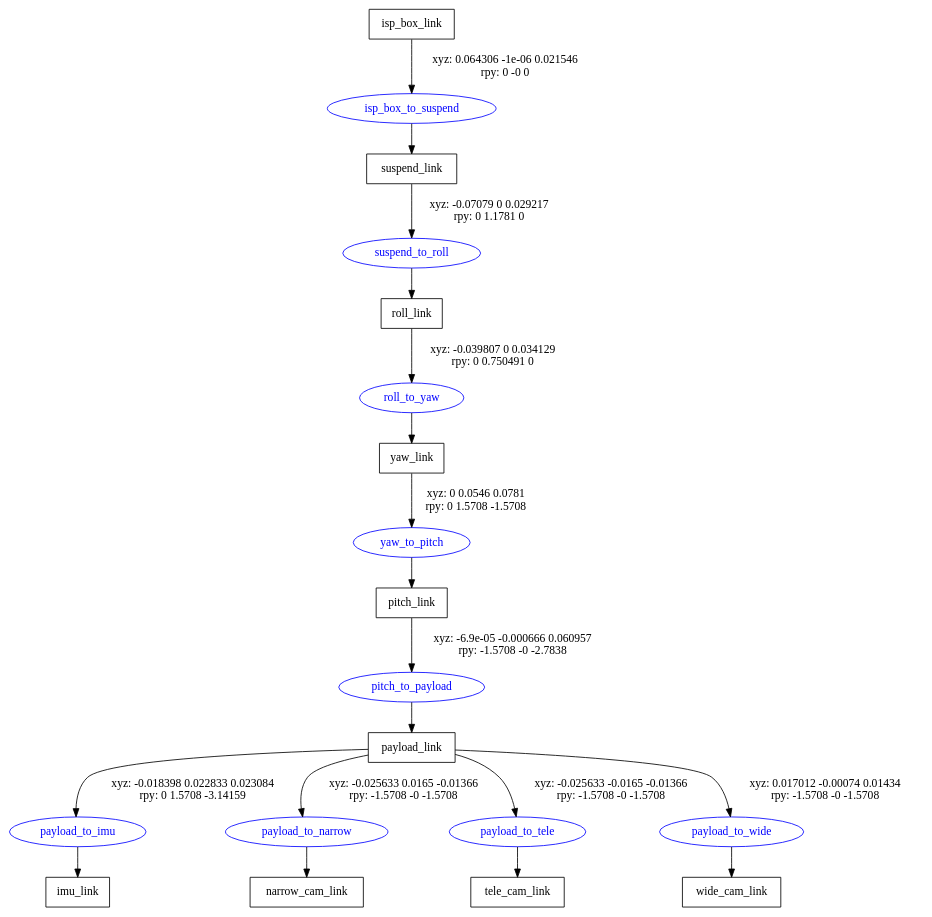
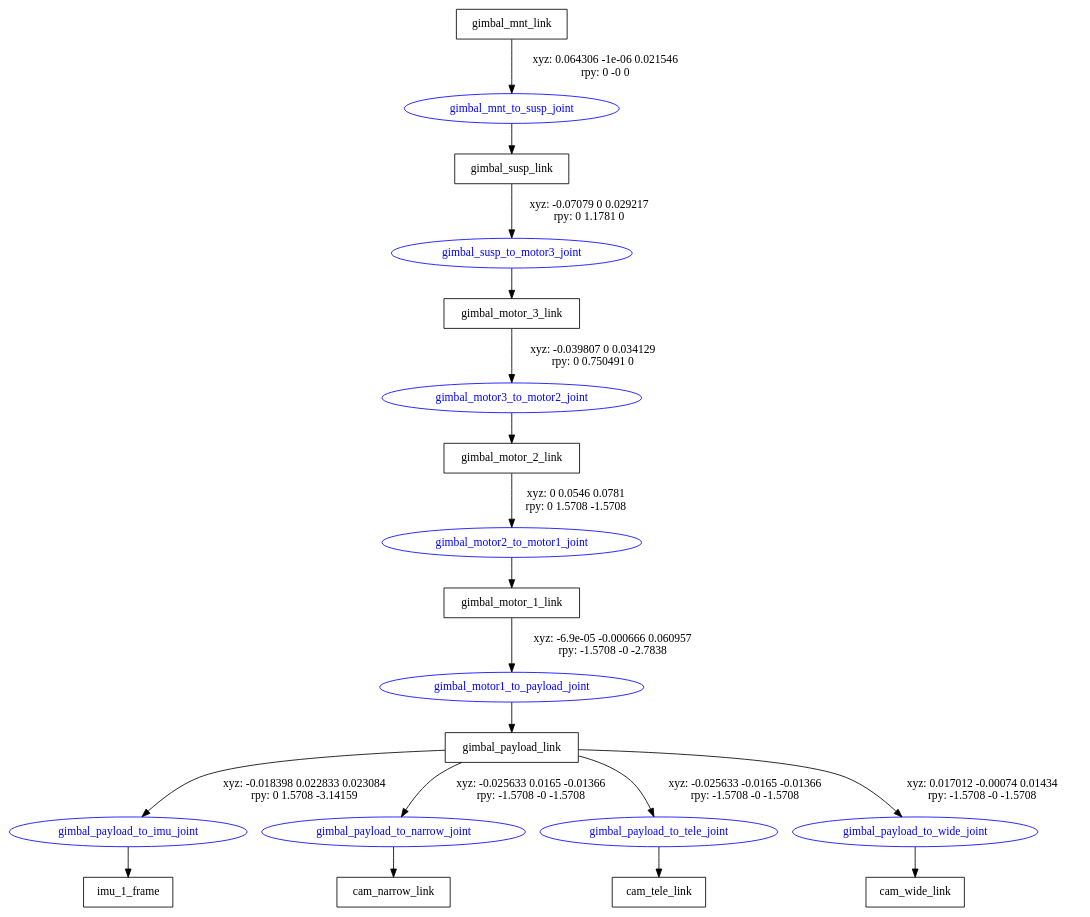
Before and after one commit to KelvinHuang-ASUS/virgo-kinematics-verification: the diagram in output/03_cad_coordinate_alignment/virgo_gimbal_topology.gv, drawn with Graphviz. The commit also changed 16 other files, not shown here.

```diff
--- a/output/03_cad_coordinate_alignment/virgo_gimbal_topology.gv
+++ b/output/03_cad_coordinate_alignment/virgo_gimbal_topology.gv
@@ -1,32 +1,32 @@
 digraph G {
 node [shape=box];
-"isp_box_link" [label="isp_box_link"];
-"suspend_link" [label="suspend_link"];
-"roll_link" [label="roll_link"];
-"yaw_link" [label="yaw_link"];
-"pitch_link" [label="pitch_link"];
-"payload_link" [label="payload_link"];
-"imu_link" [label="imu_link"];
-"narrow_cam_link" [label="narrow_cam_link"];
-"tele_cam_link" [label="tele_cam_link"];
-"wide_cam_link" [label="wide_cam_link"];
+"gimbal_mnt_link" [label="gimbal_mnt_link"];
+"gimbal_susp_link" [label="gimbal_susp_link"];
+"gimbal_motor_3_link" [label="gimbal_motor_3_link"];
+"gimbal_motor_2_link" [label="gimbal_motor_2_link"];
+"gimbal_motor_1_link" [label="gimbal_motor_1_link"];
+"gimbal_payload_link" [label="gimbal_payload_link"];
+"imu_1_frame" [label="imu_1_frame"];
+"cam_narrow_link" [label="cam_narrow_link"];
+"cam_tele_link" [label="cam_tele_link"];
+"cam_wide_link" [label="cam_wide_link"];
 node [shape=ellipse, color=blue, fontcolor=blue];
-"isp_box_link" -> "isp_box_to_suspend" [label="xyz: 0.064306 -1e-06 0.021546 \nrpy: 0 -0 0"]
-"isp_box_to_suspend" -> "suspend_link"
-"suspend_link" -> "suspend_to_roll" [label="xyz: -0.07079 0 0.029217 \nrpy: 0 1.1781 0"]
-"suspend_to_roll" -> "roll_link"
-"roll_link" -> "roll_to_yaw" [label="xyz: -0.039807 0 0.034129 \nrpy: 0 0.750491 0"]
-"roll_to_yaw" -> "yaw_link"
-"yaw_link" -> "yaw_to_pitch" [label="xyz: 0 0.0546 0.0781 \nrpy: 0 1.5708 -1.5708"]
-"yaw_to_pitch" -> "pitch_link"
-"pitch_link" -> "pitch_to_payload" [label="xyz: -6.9e-05 -0.000666 0.060957 \nrpy: -1.5708 -0 -2.7838"]
-"pitch_to_payload" -> "payload_link"
-"payload_link" -> "payload_to_imu" [label="xyz: -0.018398 0.022833 0.023084 \nrpy: 0 1.5708 -3.14159"]
-"payload_to_imu" -> "imu_link"
-"payload_link" -> "payload_to_narrow" [label="xyz: -0.025633 0.0165 -0.01366 \nrpy: -1.5708 -0 -1.5708"]
-"payload_to_narrow" -> "narrow_cam_link"
-"payload_link" -> "payload_to_tele" [label="xyz: -0.025633 -0.0165 -0.01366 \nrpy: -1.5708 -0 -1.5708"]
-"payload_to_tele" -> "tele_cam_link"
-"payload_link" -> "payload_to_wide" [label="xyz: 0.017012 -0.00074 0.01434 \nrpy: -1.5708 -0 -1.5708"]
-"payload_to_wide" -> "wide_cam_link"
+"gimbal_mnt_link" -> "gimbal_mnt_to_susp_joint" [label="xyz: 0.064306 -1e-06 0.021546 \nrpy: 0 -0 0"]
+"gimbal_mnt_to_susp_joint" -> "gimbal_susp_link"
+"gimbal_susp_link" -> "gimbal_susp_to_motor3_joint" [label="xyz: -0.07079 0 0.029217 \nrpy: 0 1.1781 0"]
+"gimbal_susp_to_motor3_joint" -> "gimbal_motor_3_link"
+"gimbal_motor_3_link" -> "gimbal_motor3_to_motor2_joint" [label="xyz: -0.039807 0 0.034129 \nrpy: 0 0.750491 0"]
+"gimbal_motor3_to_motor2_joint" -> "gimbal_motor_2_link"
+"gimbal_motor_2_link" -> "gimbal_motor2_to_motor1_joint" [label="xyz: 0 0.0546 0.0781 \nrpy: 0 1.5708 -1.5708"]
+"gimbal_motor2_to_motor1_joint" -> "gimbal_motor_1_link"
+"gimbal_motor_1_link" -> "gimbal_motor1_to_payload_joint" [label="xyz: -6.9e-05 -0.000666 0.060957 \nrpy: -1.5708 -0 -2.7838"]
+"gimbal_motor1_to_payload_joint" -> "gimbal_payload_link"
+"gimbal_payload_link" -> "gimbal_payload_to_imu_joint" [label="xyz: -0.018398 0.022833 0.023084 \nrpy: 0 1.5708 -3.14159"]
+"gimbal_payload_to_imu_joint" -> "imu_1_frame"
+"gimbal_payload_link" -> "gimbal_payload_to_narrow_joint" [label="xyz: -0.025633 0.0165 -0.01366 \nrpy: -1.5708 -0 -1.5708"]
+"gimbal_payload_to_narrow_joint" -> "cam_narrow_link"
+"gimbal_payload_link" -> "gimbal_payload_to_tele_joint" [label="xyz: -0.025633 -0.0165 -0.01366 \nrpy: -1.5708 -0 -1.5708"]
+"gimbal_payload_to_tele_joint" -> "cam_tele_link"
+"gimbal_payload_link" -> "gimbal_payload_to_wide_joint" [label="xyz: 0.017012 -0.00074 0.01434 \nrpy: -1.5708 -0 -1.5708"]
+"gimbal_payload_to_wide_joint" -> "cam_wide_link"
 }
```
